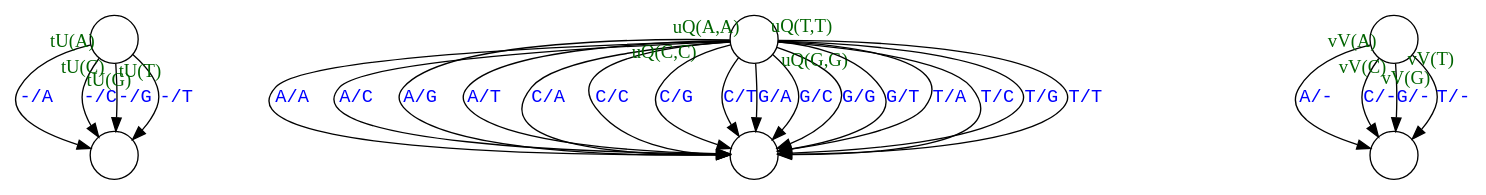
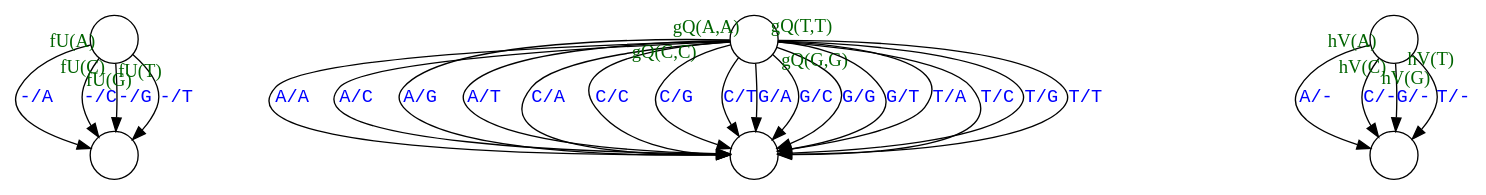
Before and after one commit to ihh/transducer-tutorial: the diagram in fanned-emission.dot, drawn with Graphviz. The commit also changed 3 other files, not shown here.

Commit message:
Slightly changed notation in Moore explanation diagrams

```diff
--- a/fanned-emission.dot
+++ b/fanned-emission.dot
@@ -1,45 +1,45 @@
 digraph G {
 
     S [label="", shape=circle];
 
     I [label="", shape=circle];
 
     W [label="", shape=circle, ordering="out"];
     X [label="", shape=circle];
 
     M [label="", shape=circle];
 
     D [label="", shape=circle];
 
-S->I [label="-/A" taillabel="tU(A)" labeldistance=1.4 fontcolor="blue" labelfontcolor="black" fontname="Courier" labelfontname="Times" labelfontcolor="darkgreen"];
-S->I [label="-/C" taillabel="tU(C)" labeldistance=1.4 fontcolor="blue" labelfontcolor="black" fontname="Courier" labelfontname="Times" labelfontcolor="darkgreen"];
-S->I [label="-/G" taillabel="tU(G)" labeldistance=1.4 fontcolor="blue" labelfontcolor="black" fontname="Courier" labelfontname="Times" labelfontcolor="darkgreen"];
-S->I [label="-/T" taillabel="tU(T)" labeldistance=1.4 fontcolor="blue" labelfontcolor="black" fontname="Courier" labelfontname="Times" labelfontcolor="darkgreen"];
+S->I [label="-/A" taillabel="fU(A)" labeldistance=1.4 fontcolor="blue" labelfontcolor="black" fontname="Courier" labelfontname="Times" labelfontcolor="darkgreen"];
+S->I [label="-/C" taillabel="fU(C)" labeldistance=1.4 fontcolor="blue" labelfontcolor="black" fontname="Courier" labelfontname="Times" labelfontcolor="darkgreen"];
+S->I [label="-/G" taillabel="fU(G)" labeldistance=1.4 fontcolor="blue" labelfontcolor="black" fontname="Courier" labelfontname="Times" labelfontcolor="darkgreen"];
+S->I [label="-/T" taillabel="fU(T)" labeldistance=1.4 fontcolor="blue" labelfontcolor="black" fontname="Courier" labelfontname="Times" labelfontcolor="darkgreen"];
 
-X->D [label="A/-" taillabel="vV(A)" labeldistance=1.4 fontcolor="blue" labelfontcolor="black" fontname="Courier" labelfontname="Times" labelfontcolor="darkgreen"];
-X->D [label="C/-" taillabel="vV(C)" labeldistance=1.4 fontcolor="blue" labelfontcolor="black" fontname="Courier" labelfontname="Times" labelfontcolor="darkgreen"];
-X->D [label="G/-" taillabel="vV(G)" labelangle=30 labeldistance=1.4 fontcolor="blue" labelfontcolor="black" fontname="Courier" labelfontname="Times" labelfontcolor="darkgreen"];
-X->D [label="T/-" taillabel="vV(T)" labelangle=30 labeldistance=1.4 fontcolor="blue" labelfontcolor="black" fontname="Courier" labelfontname="Times" labelfontcolor="darkgreen"];
+X->D [label="A/-" taillabel="hV(A)" labeldistance=1.4 fontcolor="blue" labelfontcolor="black" fontname="Courier" labelfontname="Times" labelfontcolor="darkgreen"];
+X->D [label="C/-" taillabel="hV(C)" labeldistance=1.4 fontcolor="blue" labelfontcolor="black" fontname="Courier" labelfontname="Times" labelfontcolor="darkgreen"];
+X->D [label="G/-" taillabel="hV(G)" labelangle=30 labeldistance=1.4 fontcolor="blue" labelfontcolor="black" fontname="Courier" labelfontname="Times" labelfontcolor="darkgreen"];
+X->D [label="T/-" taillabel="hV(T)" labelangle=30 labeldistance=1.4 fontcolor="blue" labelfontcolor="black" fontname="Courier" labelfontname="Times" labelfontcolor="darkgreen"];
 
-W->M [label="A/A" taillabel="uQ(A,A)" labelangle=330 labeldistance=2 fontcolor="blue" labelfontcolor="black" fontname="Courier" labelfontname="Times" labelfontcolor="darkgreen"];
+W->M [label="A/A" taillabel="gQ(A,A)" labelangle=330 labeldistance=2 fontcolor="blue" labelfontcolor="black" fontname="Courier" labelfontname="Times" labelfontcolor="darkgreen"];
 W->M [label="A/C" fontcolor="blue" fontname="Courier"];
 W->M [label="A/G" fontcolor="blue" fontname="Courier"];
 W->M [label="A/T" fontcolor="blue" fontname="Courier"];
 
 W->M [label="C/A" fontcolor="blue" fontname="Courier"];
-W->M [label="C/C" taillabel="uQ(C,C)" labelangle=5 labeldistance=5 fontcolor="blue" labelfontcolor="black" fontname="Courier" labelfontname="Times" labelfontcolor="darkgreen"];
+W->M [label="C/C" taillabel="gQ(C,C)" labelangle=5 labeldistance=5 fontcolor="blue" labelfontcolor="black" fontname="Courier" labelfontname="Times" labelfontcolor="darkgreen"];
 W->M [label="C/G" fontcolor="blue" fontname="Courier"];
 W->M [label="C/T" fontcolor="blue" fontname="Courier"];
 
 W->M [label="G/A" fontcolor="blue" fontname="Courier"];
 W->M [label="G/C" fontcolor="blue" fontname="Courier"];
-W->M [label="G/G" taillabel="uQ(G,G)" labelangle=0 labeldistance=3 fontcolor="blue" labelfontcolor="black" fontname="Courier" labelfontname="Times" labelfontcolor="darkgreen"];
+W->M [label="G/G" taillabel="gQ(G,G)" labelangle=0 labeldistance=3 fontcolor="blue" labelfontcolor="black" fontname="Courier" labelfontname="Times" labelfontcolor="darkgreen"];
 W->M [label="G/T" fontcolor="blue" fontname="Courier"];
 
 W->M [label="T/A" fontcolor="blue" fontname="Courier"];
 W->M [label="T/C" fontcolor="blue" fontname="Courier"];
 W->M [label="T/G" fontcolor="blue" fontname="Courier"];
-W->M [label="T/T" taillabel="uQ(T,T)" labelangle=30 labeldistance=2 fontcolor="blue" labelfontcolor="black" fontname="Courier" labelfontname="Times" labelfontcolor="darkgreen"];
+W->M [label="T/T" taillabel="gQ(T,T)" labelangle=30 labeldistance=2 fontcolor="blue" labelfontcolor="black" fontname="Courier" labelfontname="Times" labelfontcolor="darkgreen"];
 
 
 }
```
